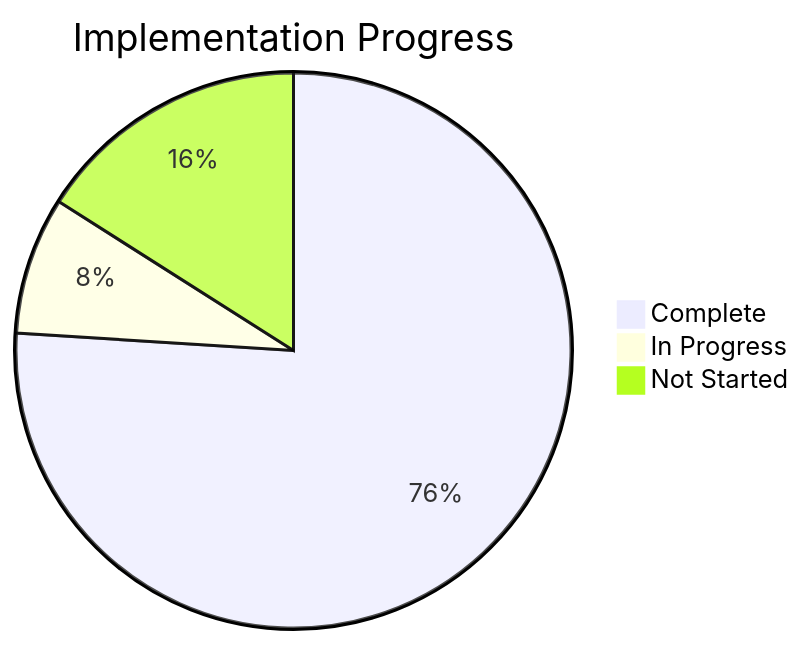
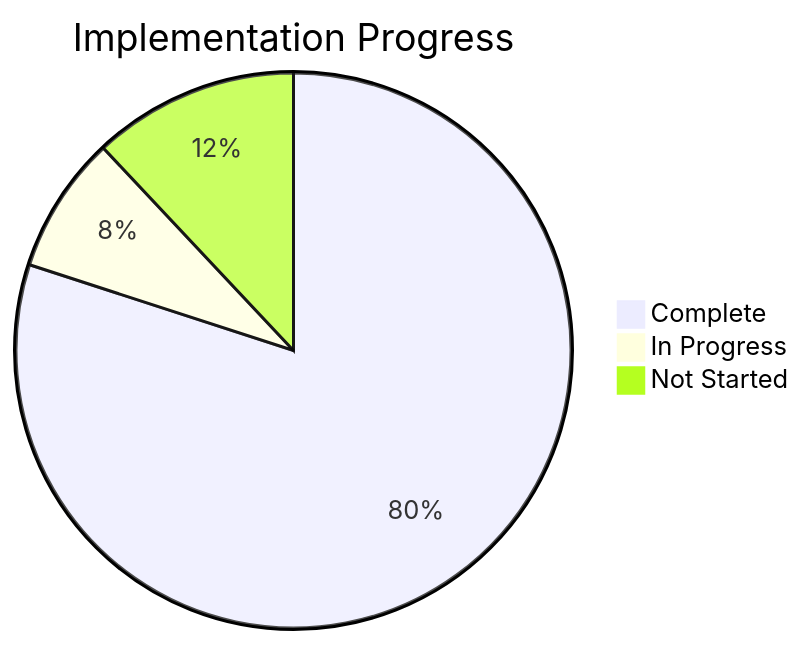
One commit to amo-tech-ai/mdeai changed the first of 5 diagrams in docs/tasks/00-progress-tracker.md. Above: the diagram before and after it, drawn with Mermaid. The commit also changed other lines of this file and 5 other files, not shown here.

````diff
--- a/docs/tasks/00-progress-tracker.md
+++ b/docs/tasks/00-progress-tracker.md
@@ -9,6 +9,6 @@
 ```mermaid
 pie title Implementation Progress
-    "Complete" : 76
+    "Complete" : 80
     "In Progress" : 8
-    "Not Started" : 16
+    "Not Started" : 12
 ```
````
